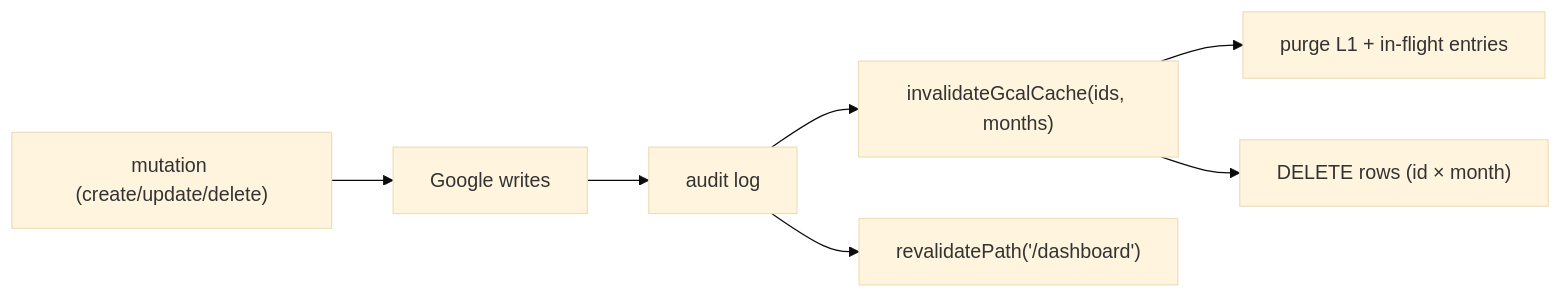
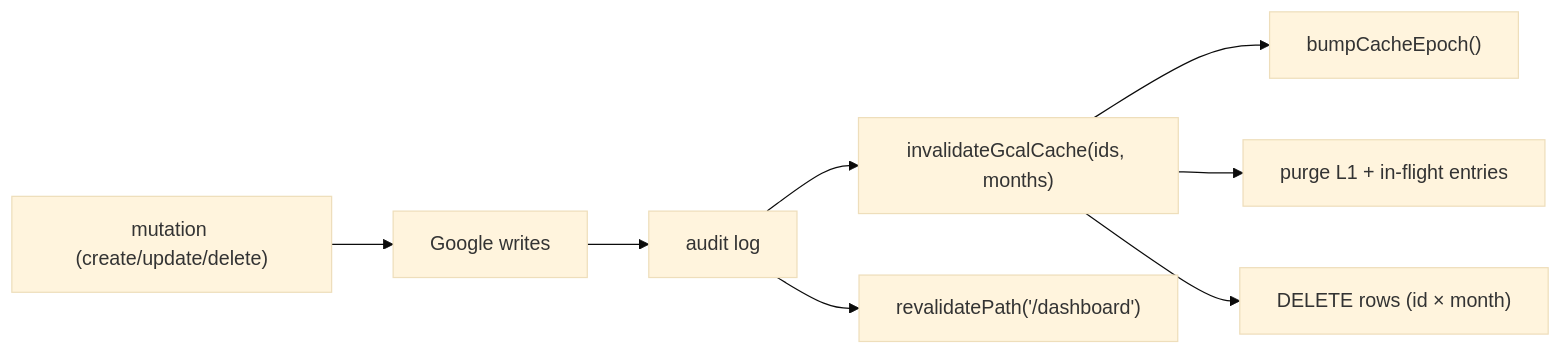
One commit to oncloudnintynineone-source/cloudy2 changed the fifth of 7 diagrams in docs/events-cache.md. Above: the diagram before and after it, drawn with Mermaid (base theme). The commit also changed other lines of this file and 22 other files, not shown here.

Commit message:
docs: sync mermaid diagrams with current code, fix diagram syntax errors

````diff
--- a/docs/events-cache.md
+++ b/docs/events-cache.md
@@ -314,9 +321,10 @@
 ```mermaid
 flowchart LR
  A["mutation (create/update/delete)"] --> B["Google writes"]
  B --> C["audit log"]
  C --> D["invalidateGcalCache(ids, months)"]
+ D --> H["bumpCacheEpoch()"]
  D --> E["purge L1 + in-flight entries"]
  D --> F["DELETE rows (id × month)"]
  C --> G["revalidatePath('/dashboard')"]
 ```
````
